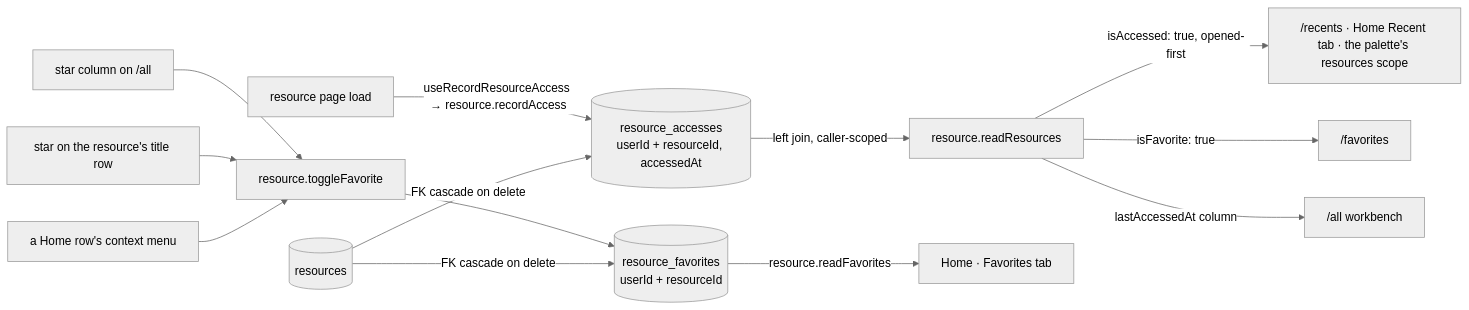
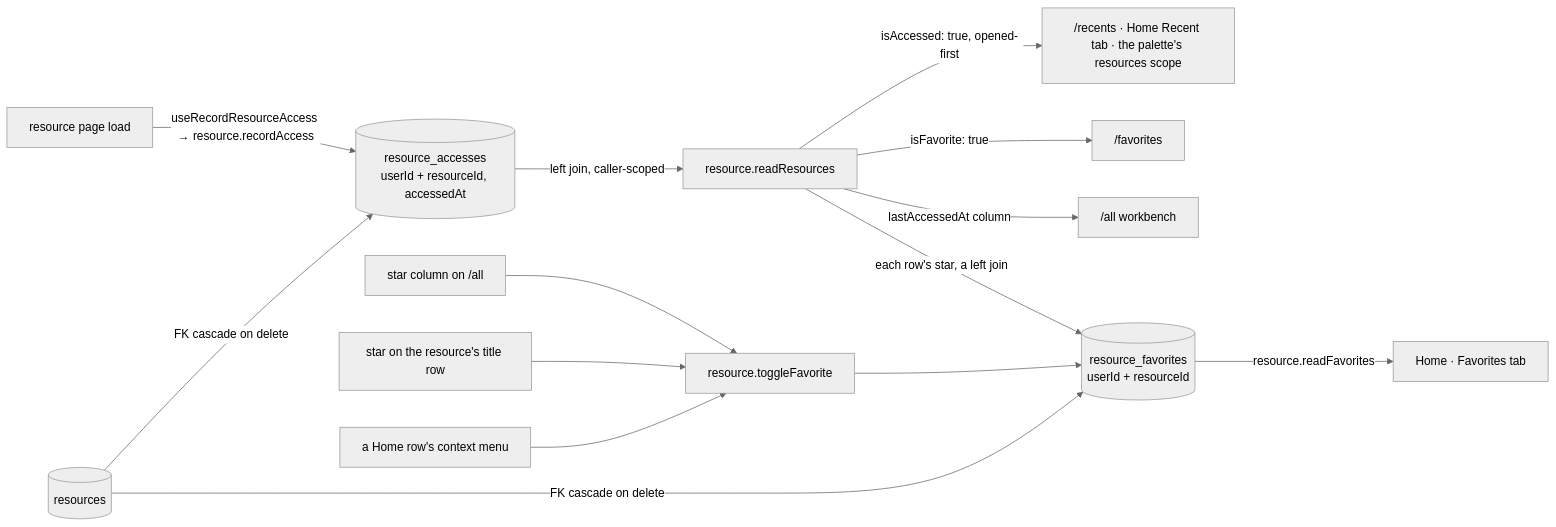
The diagram in openspec/specs/resource/favorites-and-recents/design.md (Esposter/Esposter), drawn with Mermaid (neutral theme) before and after one commit. The commit also changed other lines of this file and 8 other files, not shown here.

First line of the commit message:
docs(openspec): favorites are paged and each row carries its star

````diff
--- a/openspec/specs/resource/favorites-and-recents/design.md
+++ b/openspec/specs/resource/favorites-and-recents/design.md
@@ -13,15 +13,16 @@
 ```mermaid
 flowchart LR
   OPEN["resource page load"] -->|"useRecordResourceAccess → resource.recordAccess"| ACC[("resource_accesses<br/>userId + resourceId, accessedAt")]
   ACC -->|"left join, caller-scoped"| READ["resource.readResources"]
   READ -->|"isAccessed: true, opened-first"| RECENT["/recents · Home Recent tab · the palette's resources scope"]
   READ -->|"isFavorite: true"| FLIST["/favorites"]
   READ -->|"lastAccessedAt column"| ALL["/all workbench"]
+  READ -->|"each row's star, a left join"| FAV
   STARL["star column on /all"] --> TGL["resource.toggleFavorite"]
   STARB["star on the resource's title row"] --> TGL
   STARH["a Home row's context menu"] --> TGL
   TGL --> FAV[("resource_favorites<br/>userId + resourceId")]
   FAV -->|resource.readFavorites| FTAB["Home · Favorites tab"]
   RES[("resources")] -->|FK cascade on delete| FAV
   RES -->|FK cascade on delete| ACC
 ```
````
